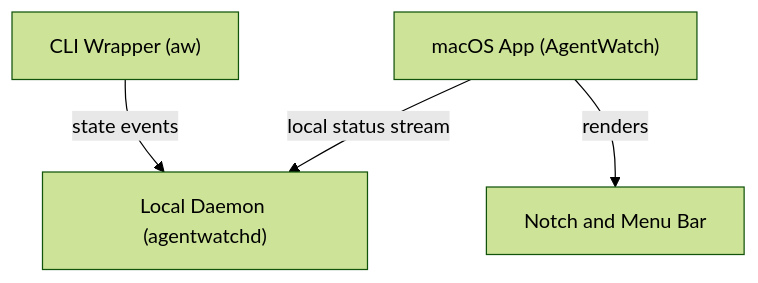
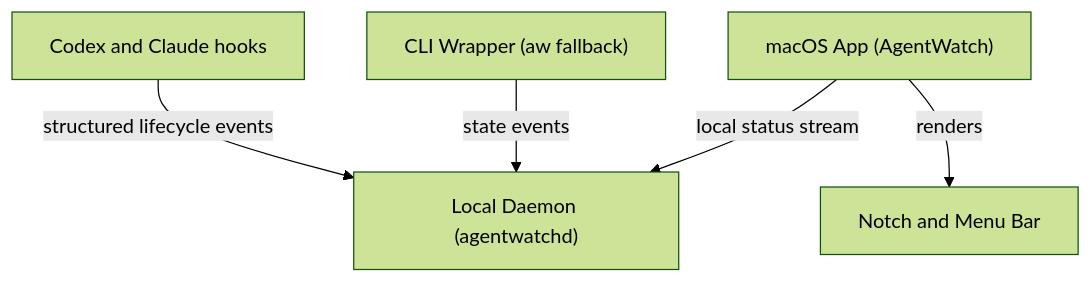
Before and after one commit to prasetyobu21/agentwatch: the diagram in README.md, drawn with Mermaid (forest theme). The commit also changed other lines of this file and 3 other files, not shown here.

Commit message:
Add hook-native Codex and Claude tracking

````diff
--- a/README.md
+++ b/README.md
@@ -194,6 +233,7 @@
 ```mermaid
 graph TD
-    A["CLI Wrapper (aw)"] -- "state events" --> B["Local Daemon (agentwatchd)"]
+    A["Codex and Claude hooks"] -- "structured lifecycle events" --> B["Local Daemon (agentwatchd)"]
+    E["CLI Wrapper (aw fallback)"] -- "state events" --> B
     C["macOS App (AgentWatch)"] -- "local status stream" --> B
     C -- "renders" --> D["Notch and Menu Bar"]
 ```
````
